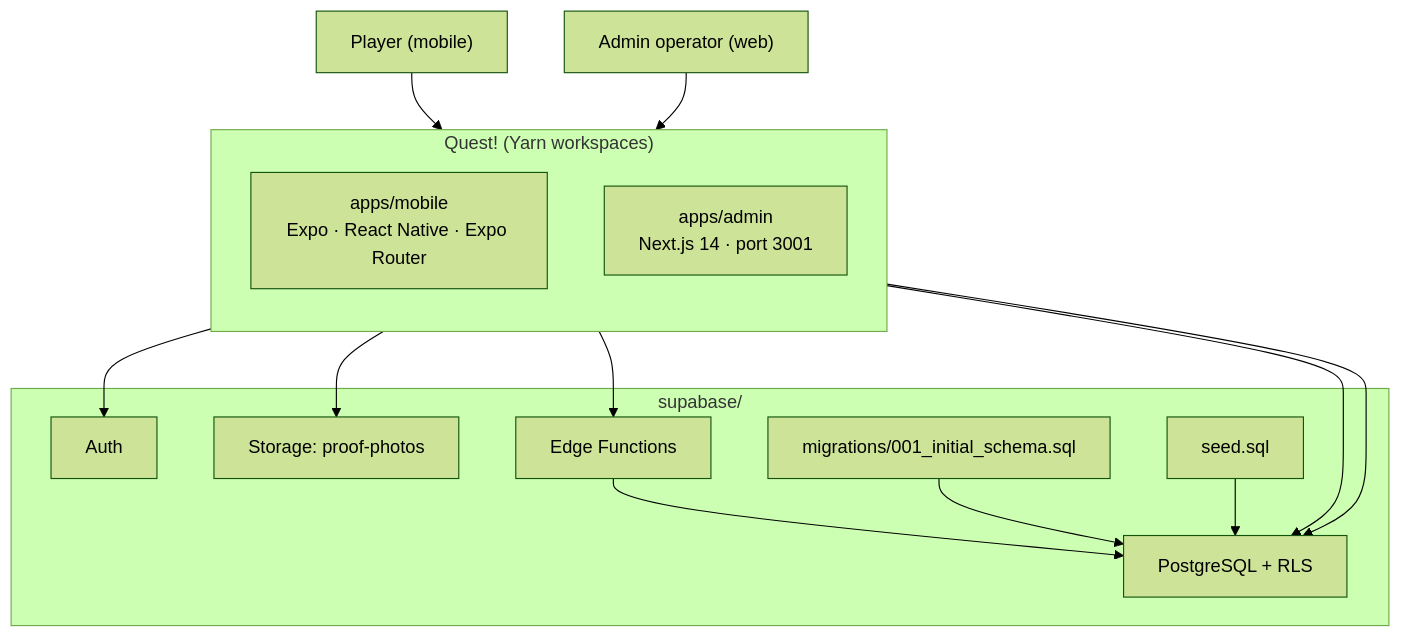
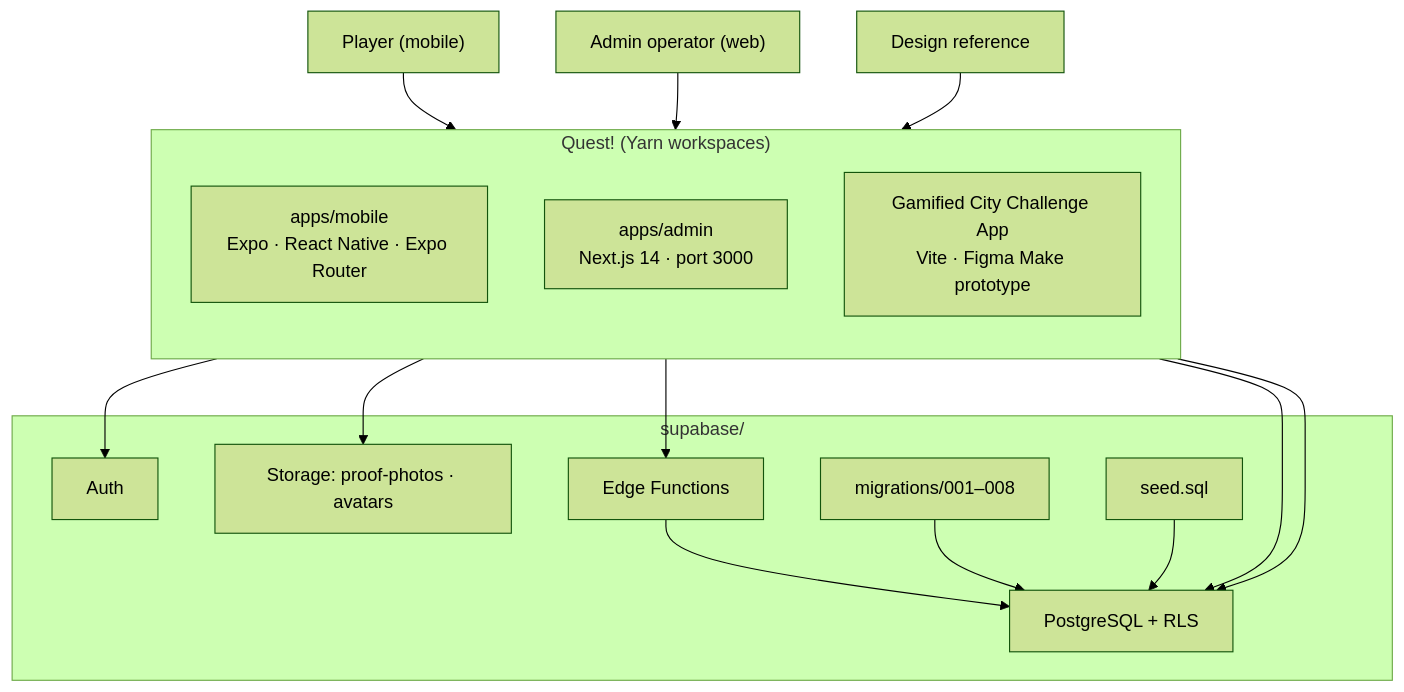
Before and after one commit to Rahilyw/Kuest: the first of 4 diagrams in ARCHITECTURE.md, drawn with Mermaid (forest theme). The commit also changed other lines of this file and 7 other files, not shown here.

````diff
--- a/ARCHITECTURE.md
+++ b/ARCHITECTURE.md
@@ -7,30 +7,32 @@
 ```mermaid
 flowchart TB
     subgraph Monorepo["Quest! (Yarn workspaces)"]
         direction TB
         Mobile["apps/mobile<br/>Expo · React Native · Expo Router"]
-        Admin["apps/admin<br/>Next.js 14 · port 3001"]
+        Admin["apps/admin<br/>Next.js 14 · port 3000"]
+        Prototype["Gamified City Challenge App<br/>Vite · Figma Make prototype"]
     end
 
     subgraph Supabase["supabase/"]
         Auth["Auth"]
         DB["PostgreSQL + RLS"]
-        Storage["Storage: proof-photos"]
+        Storage["Storage: proof-photos · avatars"]
         Edge["Edge Functions"]
-        Migrations["migrations/001_initial_schema.sql"]
+        Migrations["migrations/001–008"]
         Seed["seed.sql"]
     end
 
     Player["Player (mobile)"] --> Mobile
     Operator["Admin operator (web)"] --> Admin
+    Designer["Design reference"] --> Prototype
 
     Mobile --> Auth
     Mobile --> DB
     Mobile --> Storage
     Admin --> DB
     Admin --> Edge
 
     Edge --> DB
     Migrations --> DB
     Seed --> DB
 ```
````
